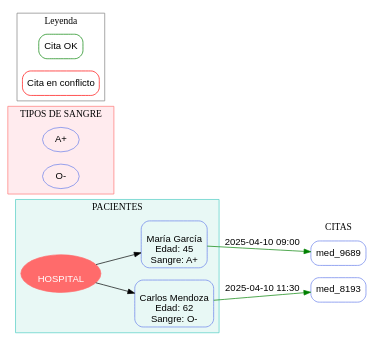
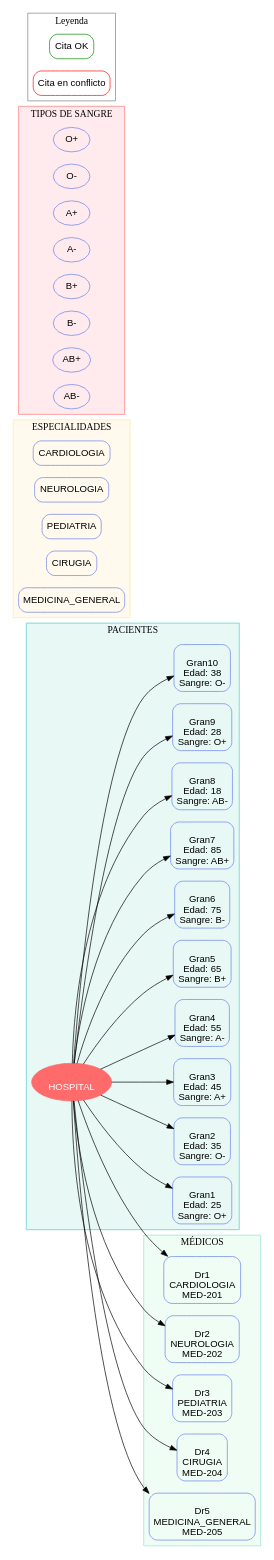
The diagram in PROYECTO 1/hospital_grafo.dot (JimH0202/1S2026_-LFPA-_-202303768), drawn with Graphviz before and after one commit. The commit also changed 8 other files, not shown here.

```diff
--- a/PROYECTO 1/hospital_grafo.dot
+++ b/PROYECTO 1/hospital_grafo.dot
@@ -1,57 +1,92 @@
 digraph Hospital {
   rankdir=LR;
   node [shape=box, style=rounded, color="#667eea", fontname="Arial"];
   edge [color="#666", fontname="Arial"];
 
   hospital [label="
 HOSPITAL", shape=ellipse, color="#ff6b6b", fontcolor=white, style=filled];
 
   subgraph cluster_pacientes {
     label="PACIENTES";
     color="#4ecdc4";
     style=filled;
     fillcolor="#e8f8f5";
-    pac_2504 [label="\nMaría García\nEdad: 45\nSangre: A+"];
-    hospital -> pac_2504;
-    pac_803 [label="\nCarlos Mendoza\nEdad: 62\nSangre: O-"];
-    hospital -> pac_803;
+    pac_8589 [label="\nGran1\nEdad: 25\nSangre: O+"];
+    hospital -> pac_8589;
+    pac_8994 [label="\nGran2\nEdad: 35\nSangre: O-"];
+    hospital -> pac_8994;
+    pac_6546 [label="\nGran3\nEdad: 45\nSangre: A+"];
+    hospital -> pac_6546;
+    pac_2075 [label="\nGran4\nEdad: 55\nSangre: A-"];
+    hospital -> pac_2075;
+    pac_9594 [label="\nGran5\nEdad: 65\nSangre: B+"];
+    hospital -> pac_9594;
+    pac_5809 [label="\nGran6\nEdad: 75\nSangre: B-"];
+    hospital -> pac_5809;
+    pac_1871 [label="\nGran7\nEdad: 85\nSangre: AB+"];
+    hospital -> pac_1871;
+    pac_5426 [label="\nGran8\nEdad: 18\nSangre: AB-"];
+    hospital -> pac_5426;
+    pac_4722 [label="\nGran9\nEdad: 28\nSangre: O+"];
+    hospital -> pac_4722;
+    pac_7333 [label="\nGran10\nEdad: 38\nSangre: O-"];
+    hospital -> pac_7333;
   }
 
   subgraph cluster_medicos {
     label="MÉDICOS";
     color="#95e1d3";
     style=filled;
     fillcolor="#f0fdf4";
+    med_7362 [label="\nDr1\nCARDIOLOGIA\nMED-201"];
+    hospital -> med_7362;
+    med_1211 [label="\nDr2\nNEUROLOGIA\nMED-202"];
+    hospital -> med_1211;
+    med_278 [label="\nDr3\nPEDIATRIA\nMED-203"];
+    hospital -> med_278;
+    med_2311 [label="\nDr4\nCIRUGIA\nMED-204"];
+    hospital -> med_2311;
+    med_1065 [label="\nDr5\nMEDICINA_GENERAL\nMED-205"];
+    hospital -> med_1065;
   }
 
   subgraph cluster_citas {
     label="CITAS";
     color="transparent";
-    pac_2504 -> med_9689 [label="2025-04-10 09:00", color="green", style="solid"];
-    pac_803 -> med_8193 [label="2025-04-10 11:30", color="green", style="solid"];
   }
 
   subgraph cluster_especialidades {
     label="ESPECIALIDADES";
     color="#ffeaa7";
     style=filled;
     fillcolor="#fffaed";
+    esp_5596 [label="CARDIOLOGIA"];
+    esp_6447 [label="NEUROLOGIA"];
+    esp_5286 [label="PEDIATRIA"];
+    esp_7844 [label="CIRUGIA"];
+    esp_8316 [label="MEDICINA_GENERAL"];
   }
 
   subgraph cluster_sangre {
     label="TIPOS DE SANGRE";
     color="#ff7675";
     style=filled;
     fillcolor="#ffebee";
+    sangre_7919 [label="O+", shape=oval];
+    sangre_4697 [label="O-", shape=oval];
     sangre_9105 [label="A+", shape=oval];
-    sangre_4697 [label="O-", shape=oval];
+    sangre_6702 [label="A-", shape=oval];
+    sangre_4122 [label="B+", shape=oval];
+    sangre_2567 [label="B-", shape=oval];
+    sangre_9357 [label="AB+", shape=oval];
+    sangre_6377 [label="AB-", shape=oval];
   }
 
   // Leyenda
   subgraph cluster_legend {
     label="Leyenda";
     color="gray";
     ok_edge [label="Cita OK", color="green"];
     conflict_edge [label="Cita en conflicto", color="red"];
   }
 }
```
